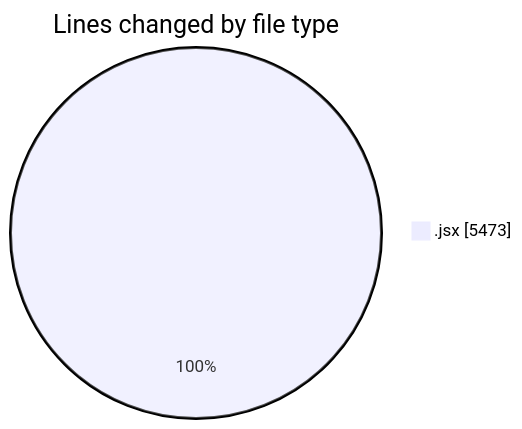
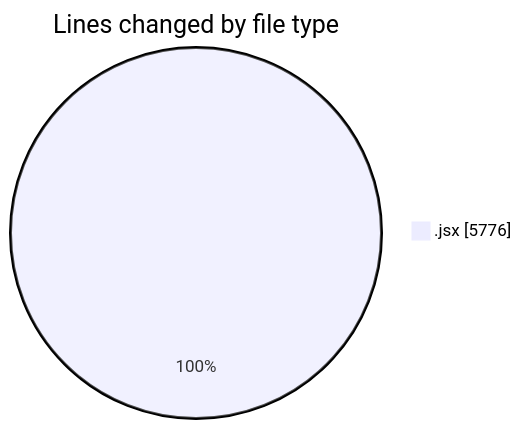
The first of 2 diagrams in 2025-05-05/nxtqube_webapp/README.md (nxtqubesakshisongat/code-tracking), drawn with Mermaid before and after one commit. The commit also changed other lines of this file and 1 other file, not shown here.

````diff
--- a/2025-05-05/nxtqube_webapp/README.md
+++ b/2025-05-05/nxtqube_webapp/README.md
@@ -21,5 +23,5 @@
 ```mermaid
 pie showData
 title Lines changed by file type
-".jsx" : 5473
+".jsx" : 5776
 ```
````
